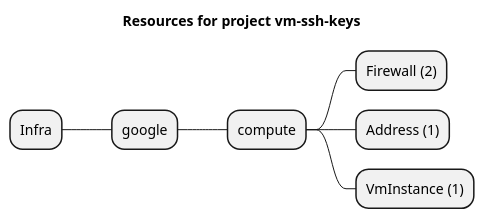
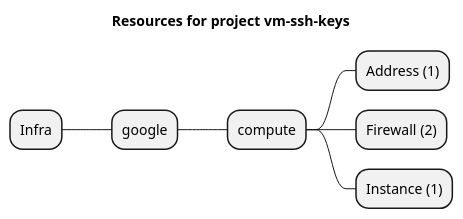
One commit to grucloud/grucloud changed the diagram in examples/google/vm-ssh-keys/artifacts/resources-mindmap.puml. Above: the diagram before and after it, drawn with PlantUML. The commit also changed 34 other files, not shown here.

```diff
--- a/examples/google/vm-ssh-keys/artifacts/resources-mindmap.puml
+++ b/examples/google/vm-ssh-keys/artifacts/resources-mindmap.puml
@@ -1,10 +1,10 @@
 @startmindmap
 title Resources for project vm-ssh-keys
 skinparam monochrome true
 + Infra
 ++ google
 +++ compute
+++++ Address (1)
 ++++ Firewall (2)
-++++ Address (1)
-++++ VmInstance (1)
+++++ Instance (1)
 @endmindmap
```
